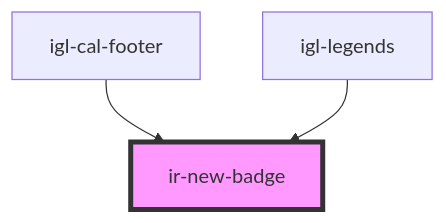
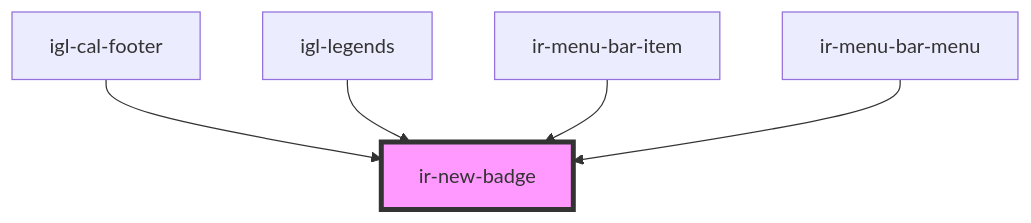
One commit to David1Chowaifaty/modified-ir-webcmp changed the diagram in src/components/ir-new-badge/readme.md. Above: the diagram before and after it, drawn with Mermaid. The commit also changed other lines of this file and 36 other files, not shown here.

````diff
--- a/src/components/ir-new-badge/readme.md
+++ b/src/components/ir-new-badge/readme.md
@@ -16,6 +25,8 @@
 ```mermaid
 graph TD;
   igl-cal-footer --> ir-new-badge
   igl-legends --> ir-new-badge
+  ir-menu-bar-item --> ir-new-badge
+  ir-menu-bar-menu --> ir-new-badge
   style ir-new-badge fill:#f9f,stroke:#333,stroke-width:4px
 ```
````
